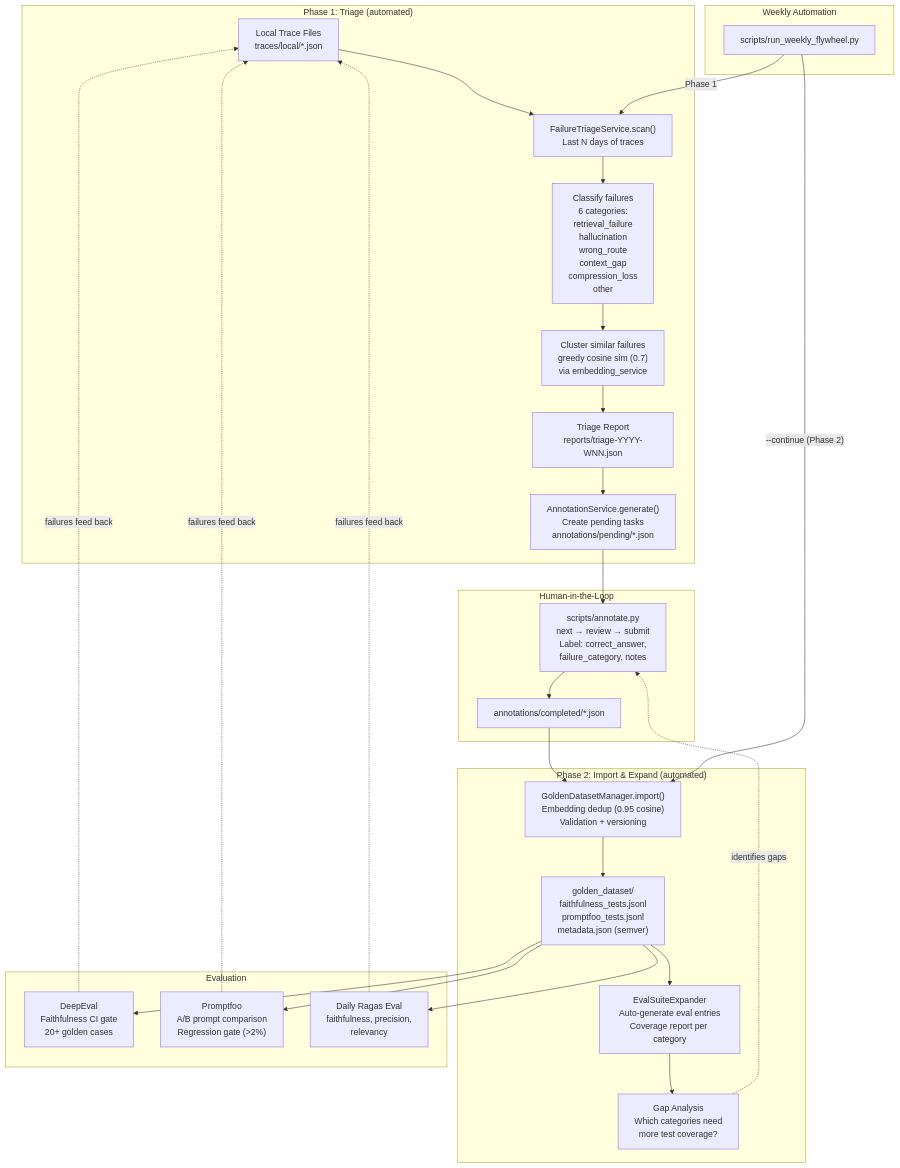
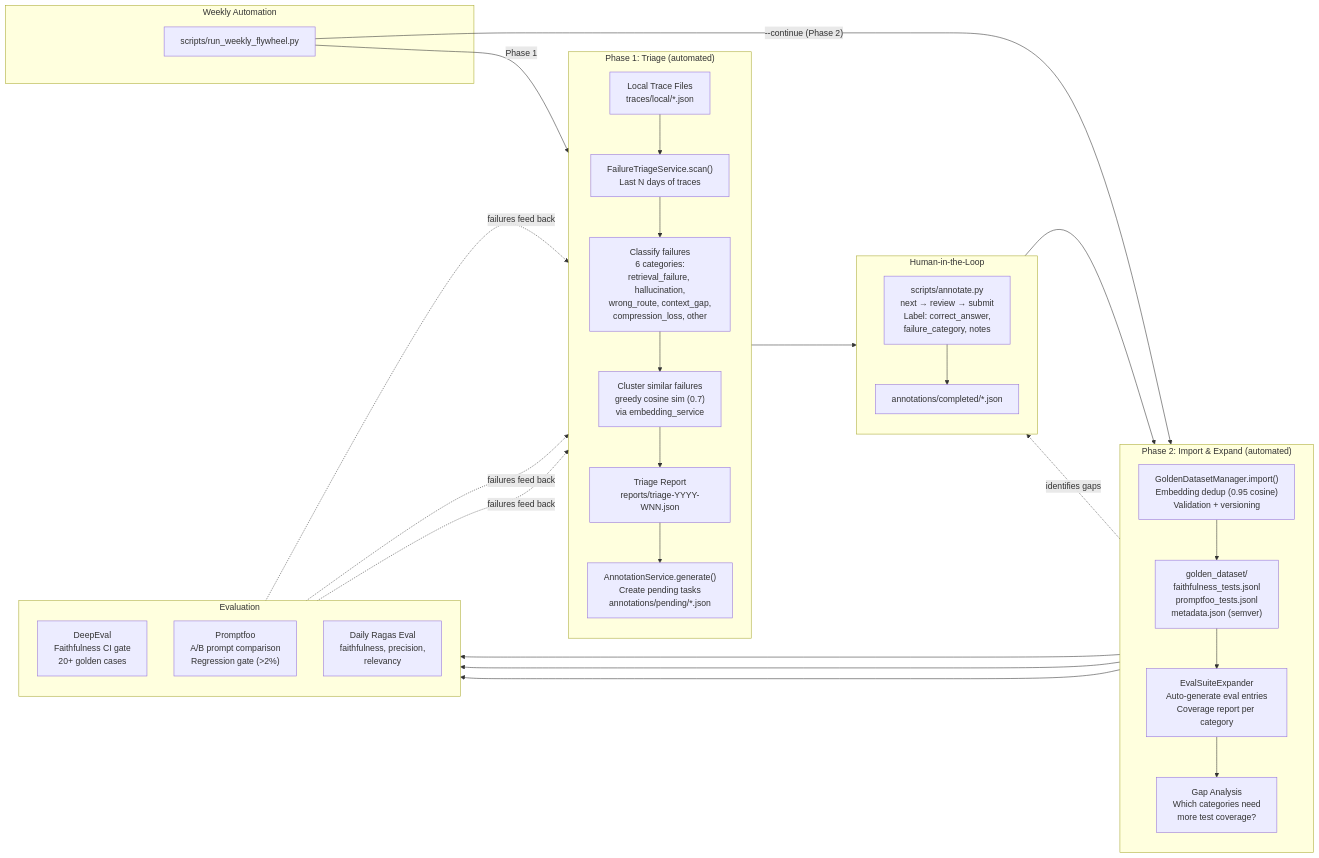
One commit to musicofhel/enterprise-pipeline changed the fifth of 6 diagrams in ARCHITECTURE.md. Above: the diagram before and after it, drawn with Mermaid. The commit also changed other lines of this file and 1 other file, not shown here.

First line of the commit message:
Switch architecture diagrams to LR layout for horizontal readability

````diff
--- a/ARCHITECTURE.md
+++ b/ARCHITECTURE.md
@@ -293,37 +346,53 @@
 ```mermaid
-flowchart TD
-    subgraph "Phase 1: Triage (automated)"
+---
+config:
+  flowchart:
+    useMaxWidth: true
+---
+flowchart LR
+    subgraph PHASE1["Phase 1: Triage (automated)"]
+        direction TB
         TRACES["Local Trace Files\ntraces/local/*.json"] --> SCAN["FailureTriageService.scan()\nLast N days of traces"]
-        SCAN --> CLASSIFY["Classify failures\n6 categories:\nretrieval_failure\nhallucination\nwrong_route\ncontext_gap\ncompression_loss\nother"]
+        SCAN --> CLASSIFY["Classify failures\n6 categories:\nretrieval_failure, hallucination,\nwrong_route, context_gap,\ncompression_loss, other"]
         CLASSIFY --> CLUSTER["Cluster similar failures\ngreedy cosine sim (0.7)\nvia embedding_service"]
         CLUSTER --> REPORT["Triage Report\nreports/triage-YYYY-WNN.json"]
         REPORT --> TASKS["AnnotationService.generate()\nCreate pending tasks\nannotations/pending/*.json"]
     end
 
-    subgraph "Human-in-the-Loop"
-        TASKS --> ANNOTATE["scripts/annotate.py\nnext → review → submit\nLabel: correct_answer,\nfailure_category, notes"]
+    subgraph HUMAN["Human-in-the-Loop"]
+        direction TB
+        ANNOTATE["scripts/annotate.py\nnext → review → submit\nLabel: correct_answer,\nfailure_category, notes"]
         ANNOTATE --> COMPLETED["annotations/completed/*.json"]
     end
 
-    subgraph "Phase 2: Import & Expand (automated)"
-        COMPLETED --> IMPORT["GoldenDatasetManager.import()\nEmbedding dedup (0.95 cosine)\nValidation + versioning"]
+    subgraph PHASE2["Phase 2: Import & Expand (automated)"]
+        direction TB
+        IMPORT["GoldenDatasetManager.import()\nEmbedding dedup (0.95 cosine)\nValidation + versioning"]
         IMPORT --> GOLDEN["golden_dataset/\nfaithfulness_tests.jsonl\npromptfoo_tests.jsonl\nmetadata.json (semver)"]
         GOLDEN --> EXPAND["EvalSuiteExpander\nAuto-generate eval entries\nCoverage report per category"]
         EXPAND --> COVERAGE["Gap Analysis\nWhich categories need\nmore test coverage?"]
     end
 
-    subgraph "Evaluation"
-        GOLDEN --> DEEPEVAL["DeepEval\nFaithfulness CI gate\n20+ golden cases"]
-        GOLDEN --> PROMPTFOO["Promptfoo\nA/B prompt comparison\nRegression gate (>2%)"]
-        GOLDEN --> RAGAS["Daily Ragas Eval\nfaithfulness, precision,\nrelevancy"]
+    subgraph EVAL["Evaluation"]
+        direction TB
+        DEEPEVAL["DeepEval\nFaithfulness CI gate\n20+ golden cases"]
+        PROMPTFOO["Promptfoo\nA/B prompt comparison\nRegression gate (>2%)"]
+        RAGAS["Daily Ragas Eval\nfaithfulness, precision,\nrelevancy"]
     end
 
-    subgraph "Weekly Automation"
+    subgraph WEEKLY["Weekly Automation"]
         CRON["scripts/run_weekly_flywheel.py"]
-        CRON -->|"Phase 1"| SCAN
-        CRON -->|"--continue (Phase 2)"| IMPORT
     end
+
+    TASKS --> ANNOTATE
+    COMPLETED --> IMPORT
+    GOLDEN --> DEEPEVAL
+    GOLDEN --> PROMPTFOO
+    GOLDEN --> RAGAS
+
+    CRON -->|"Phase 1"| SCAN
+    CRON -->|"--continue (Phase 2)"| IMPORT
 
     COVERAGE -.->|"identifies gaps"| ANNOTATE
     DEEPEVAL & PROMPTFOO & RAGAS -.->|"failures feed back"| TRACES
 ```
````
